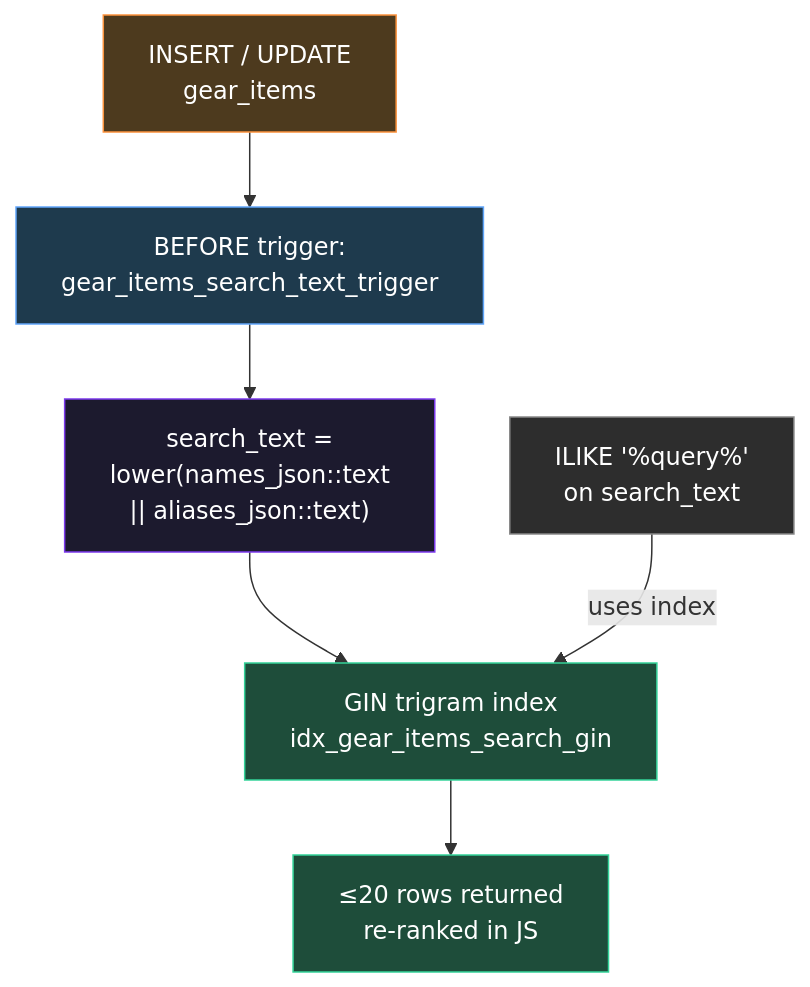
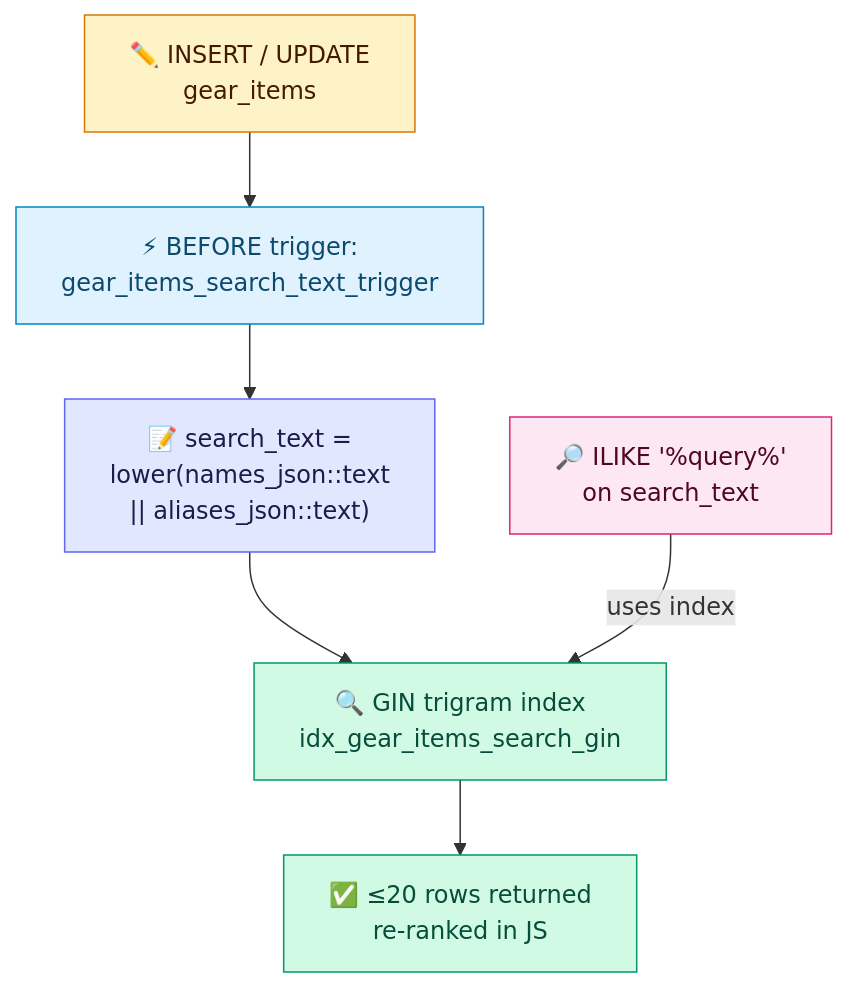
Before and after one commit to alexzhel-io/veloadout: diagram 13 of 14 in docs/architecture.md, drawn with Mermaid. The commit also changed other lines of this file and 1 other file, not shown here.

Commit message:
docs: translate to English, pastel colors on all diagrams

````diff
--- a/docs/architecture.md
+++ b/docs/architecture.md
@@ -451,20 +476,20 @@
 ```mermaid
 graph TD
-    INSERT["INSERT / UPDATE<br>gear_items"]
-    TRG["BEFORE trigger:<br>gear_items_search_text_trigger"]
-    ST["search_text =<br>lower(names_json::text<br>|| aliases_json::text)"]
-    GIN["GIN trigram index<br>idx_gear_items_search_gin"]
-    Q["ILIKE '%query%'<br>on search_text"]
-    RS["≤20 rows returned<br>re-ranked in JS"]
+    INSERT["✏️ INSERT / UPDATE<br>gear_items"]
+    TRG["⚡ BEFORE trigger:<br>gear_items_search_text_trigger"]
+    ST["📝 search_text =<br>lower(names_json::text<br>|| aliases_json::text)"]
+    GIN["🔍 GIN trigram index<br>idx_gear_items_search_gin"]
+    Q["🔎 ILIKE '%query%'<br>on search_text"]
+    RS["✅ ≤20 rows returned<br>re-ranked in JS"]
 
     INSERT --> TRG --> ST --> GIN
     Q -->|uses index| GIN
     GIN --> RS
 
-    style INSERT fill:#4d3a1e,stroke:#fb923c,color:#fff
-    style TRG fill:#1e3a4d,stroke:#60a5fa,color:#fff
-    style ST fill:#1c1a2e,stroke:#7c3aed,color:#fff
-    style GIN fill:#1e4d3a,stroke:#34d399,color:#fff
-    style Q fill:#2d2d2d,stroke:#888,color:#fff
-    style RS fill:#1e4d3a,stroke:#34d399,color:#fff
+    style INSERT fill:#fef3c7,stroke:#d97706,color:#451a03
+    style TRG fill:#e0f2fe,stroke:#0284c7,color:#0c4a6e
+    style ST fill:#e0e7ff,stroke:#6366f1,color:#1e1b4b
+    style GIN fill:#d1fae5,stroke:#059669,color:#064e3b
+    style Q fill:#fce7f3,stroke:#db2777,color:#500724
+    style RS fill:#d1fae5,stroke:#059669,color:#064e3b
 ```
````
